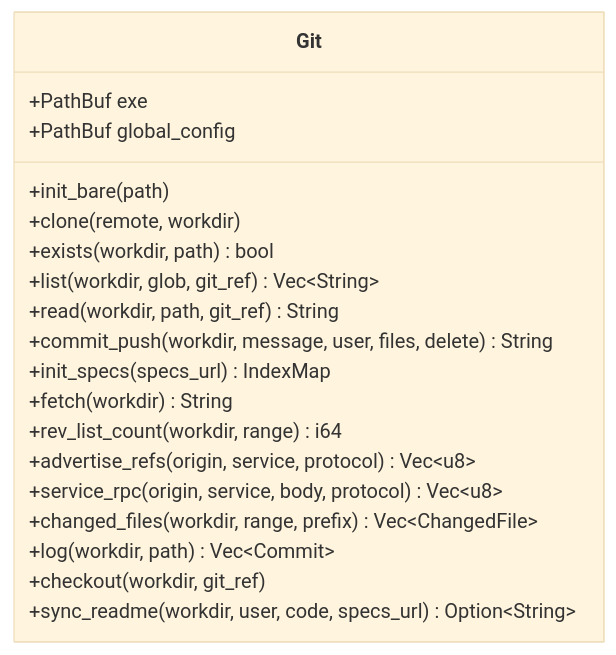
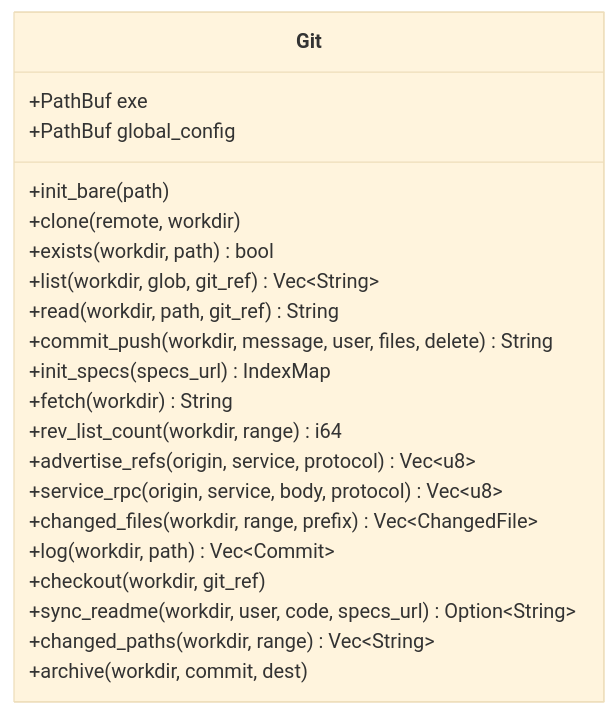
Before and after one commit to HoyoungParkme/syncdoc: the sixth of 7 diagrams in docs/specs/06-DOM/SYNC-DOM-004.md, drawn with Mermaid (base theme). The commit also changed other lines of this file, not shown here.

````diff
--- a/docs/specs/06-DOM/SYNC-DOM-004.md
+++ b/docs/specs/06-DOM/SYNC-DOM-004.md
@@ -654,22 +669,24 @@
 ```mermaid
 classDiagram
     class Git {
         +PathBuf exe
         +PathBuf global_config
         +init_bare(path)
         +clone(remote, workdir)
         +exists(workdir, path) bool
         +list(workdir, glob, git_ref) Vec~String~
         +read(workdir, path, git_ref) String
         +commit_push(workdir, message, user, files, delete) String
         +init_specs(specs_url) IndexMap
         +fetch(workdir) String
         +rev_list_count(workdir, range) i64
         +advertise_refs(origin, service, protocol) Vec~u8~
         +service_rpc(origin, service, body, protocol) Vec~u8~
         +changed_files(workdir, range, prefix) Vec~ChangedFile~
         +log(workdir, path) Vec~Commit~
         +checkout(workdir, git_ref)
         +sync_readme(workdir, user, code, specs_url) Option~String~
+        +changed_paths(workdir, range) Vec~String~
+        +archive(workdir, commit, dest)
     }
 ```
````
